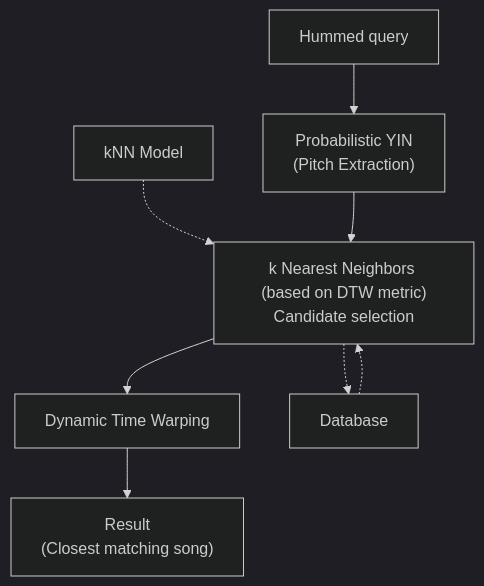
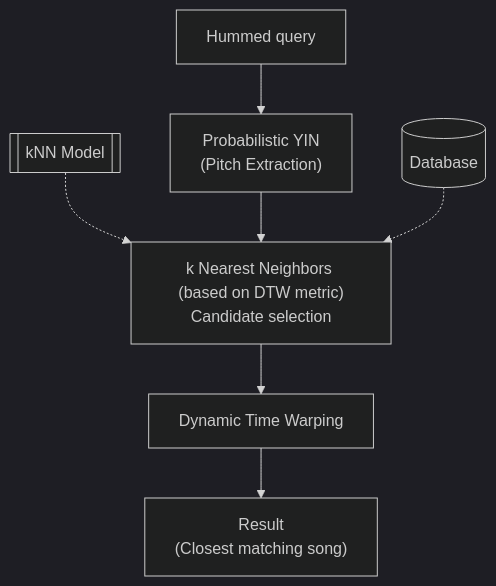
Before and after one commit to vivekvjyn/strawberry-fields: the diagram in README.md, drawn with Mermaid (dark theme).

````diff
--- a/README.md
+++ b/README.md
@@ -81,10 +81,9 @@
 ```mermaid
 graph TD;
     A["Hummed query"] --> B["Probabilistic YIN\n(Pitch Extraction)"];
-    G["kNN Model"] -.-> C
+    G[["kNN Model"]] -.-> C
     B --> C["k Nearest Neighbors (based on DTW metric)\nCandidate selection"];
     C --> D["Dynamic Time Warping\n"];
-    F["Database"] -.-> C
-    C -.-> F
     D --> E["Result\n(Closest matching song)"];
+    F[("Database")] -.-> C
 ```
````
